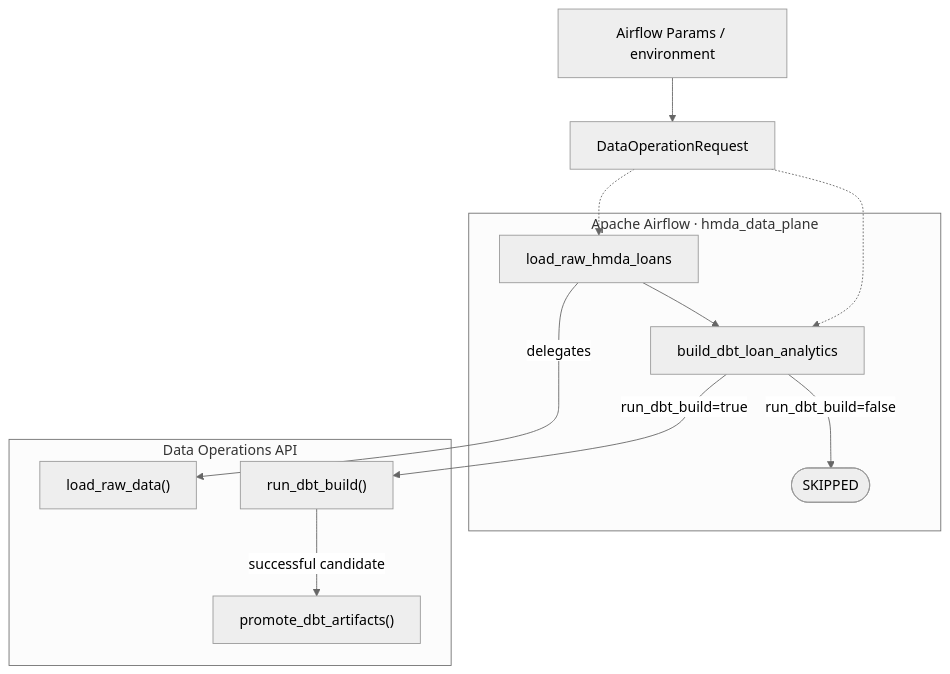
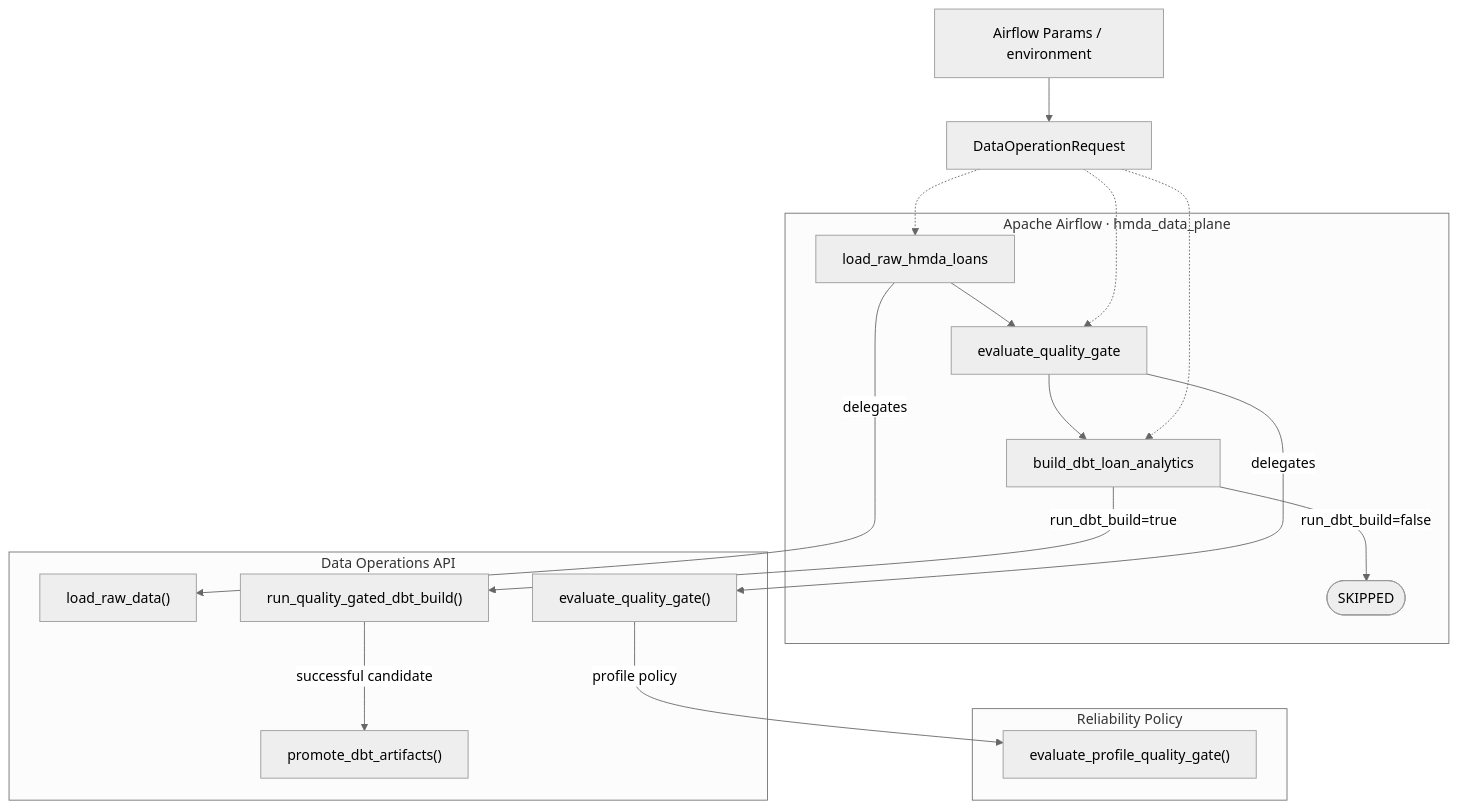
One commit to mols3131d/hmda-data-reliability changed the diagram in docs/domains/orchestration.md. Above: the diagram before and after it, drawn with Mermaid (neutral theme). The commit also changed other lines of this file and 33 other files, not shown here.

````diff
--- a/docs/domains/orchestration.md
+++ b/docs/domains/orchestration.md
@@ -35,19 +35,26 @@
 ```mermaid
 flowchart TB
     config["Airflow Params / environment"] --> request["DataOperationRequest"]
 
     subgraph airflow ["Apache Airflow · hmda_data_plane"]
-        raw["load_raw_hmda_loans"] --> analytics["build_dbt_loan_analytics"]
+      raw["load_raw_hmda_loans"] --> gate["evaluate_quality_gate"] --> analytics["build_dbt_loan_analytics"]
         analytics -->|run_dbt_build=false| skipped(["SKIPPED"])
     end
 
     subgraph application ["Data Operations API"]
         load["load_raw_data()"]
-        build["run_dbt_build()"] -->|successful candidate| promote["promote_dbt_artifacts()"]
+      evaluate["evaluate_quality_gate()"]
+        build["run_quality_gated_dbt_build()"] -->|successful candidate| promote["promote_dbt_artifacts()"]
+    end
+
+    subgraph reliability ["Reliability Policy"]
+      policy["evaluate_profile_quality_gate()"]
     end
 
     request -.-> raw
+    request -.-> gate
     request -.-> analytics
     raw -->|delegates| load
+    gate -->|delegates| evaluate -->|profile policy| policy
     analytics -->|run_dbt_build=true| build
 ```
````
